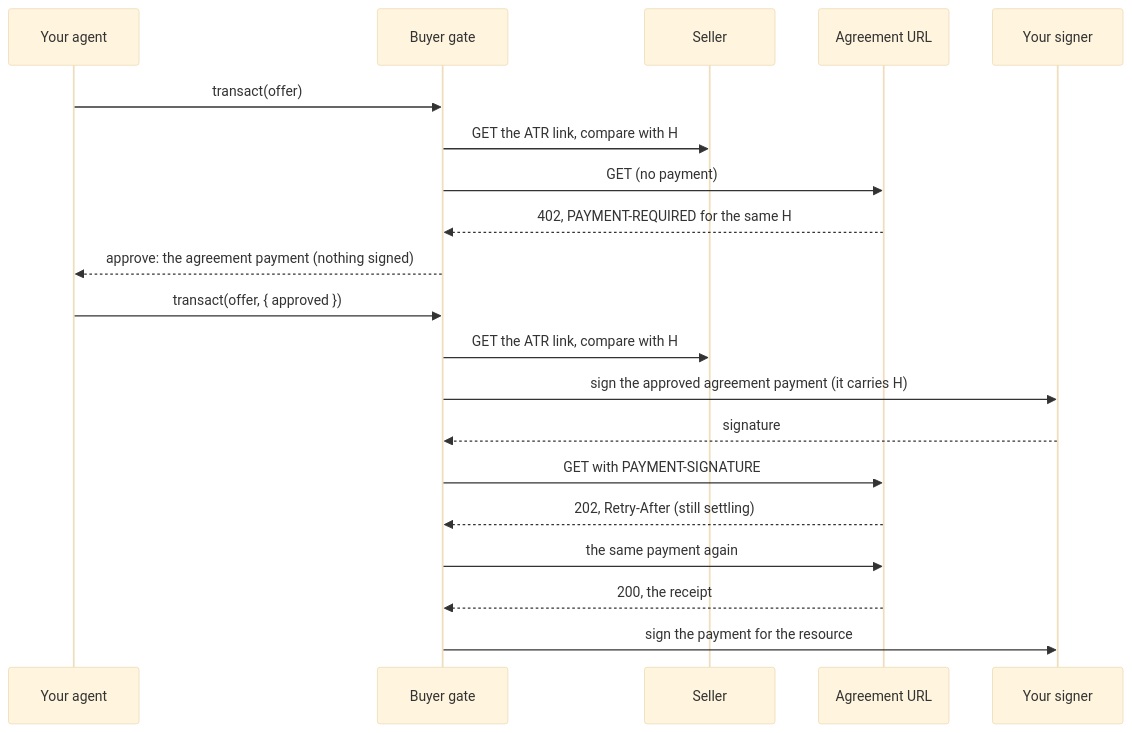
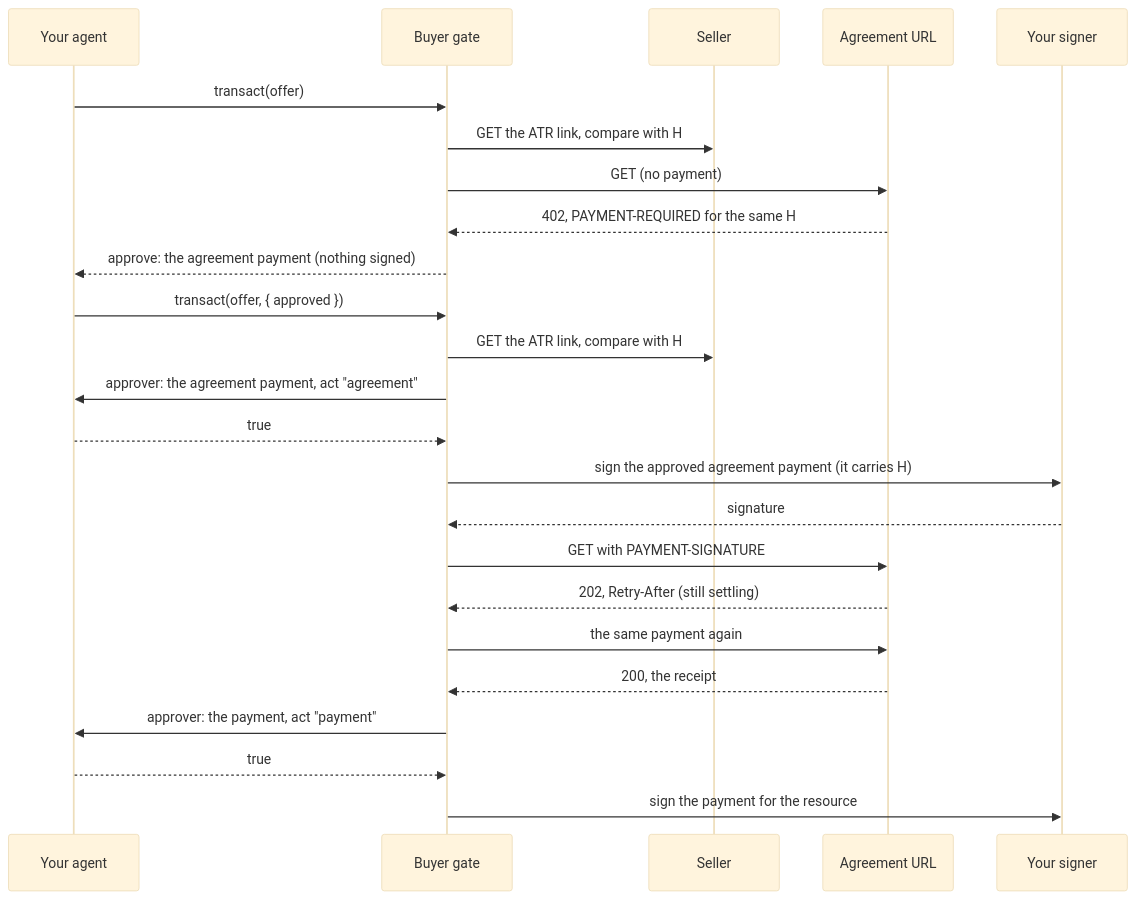
One commit to IntegraLedger/integra-agentic-terms changed the diagram in docs/guides/agreement-payments.md. Above: the diagram before and after it, drawn with Mermaid (base theme). The commit also changed other lines of this file and 24 other files, not shown here.

````diff
--- a/docs/guides/agreement-payments.md
+++ b/docs/guides/agreement-payments.md
@@ -18,22 +19,26 @@
 ```mermaid
 sequenceDiagram
     participant Ag as Your agent
     participant G as Buyer gate
     participant S as Seller
     participant A as Agreement URL
     participant W as Your signer
     Ag->>G: transact(offer)
     G->>S: GET the ATR link, compare with H
     G->>A: GET (no payment)
     A-->>G: 402, PAYMENT-REQUIRED for the same H
     G-->>Ag: approve: the agreement payment (nothing signed)
     Ag->>G: transact(offer, { approved })
     G->>S: GET the ATR link, compare with H
+    G->>Ag: approver: the agreement payment, act "agreement"
+    Ag-->>G: true
     G->>W: sign the approved agreement payment (it carries H)
     W-->>G: signature
     G->>A: GET with PAYMENT-SIGNATURE
     A-->>G: 202, Retry-After (still settling)
     G->>A: the same payment again
     A-->>G: 200, the receipt
+    G->>Ag: approver: the payment, act "payment"
+    Ag-->>G: true
     G->>W: sign the payment for the resource
 ```
````
